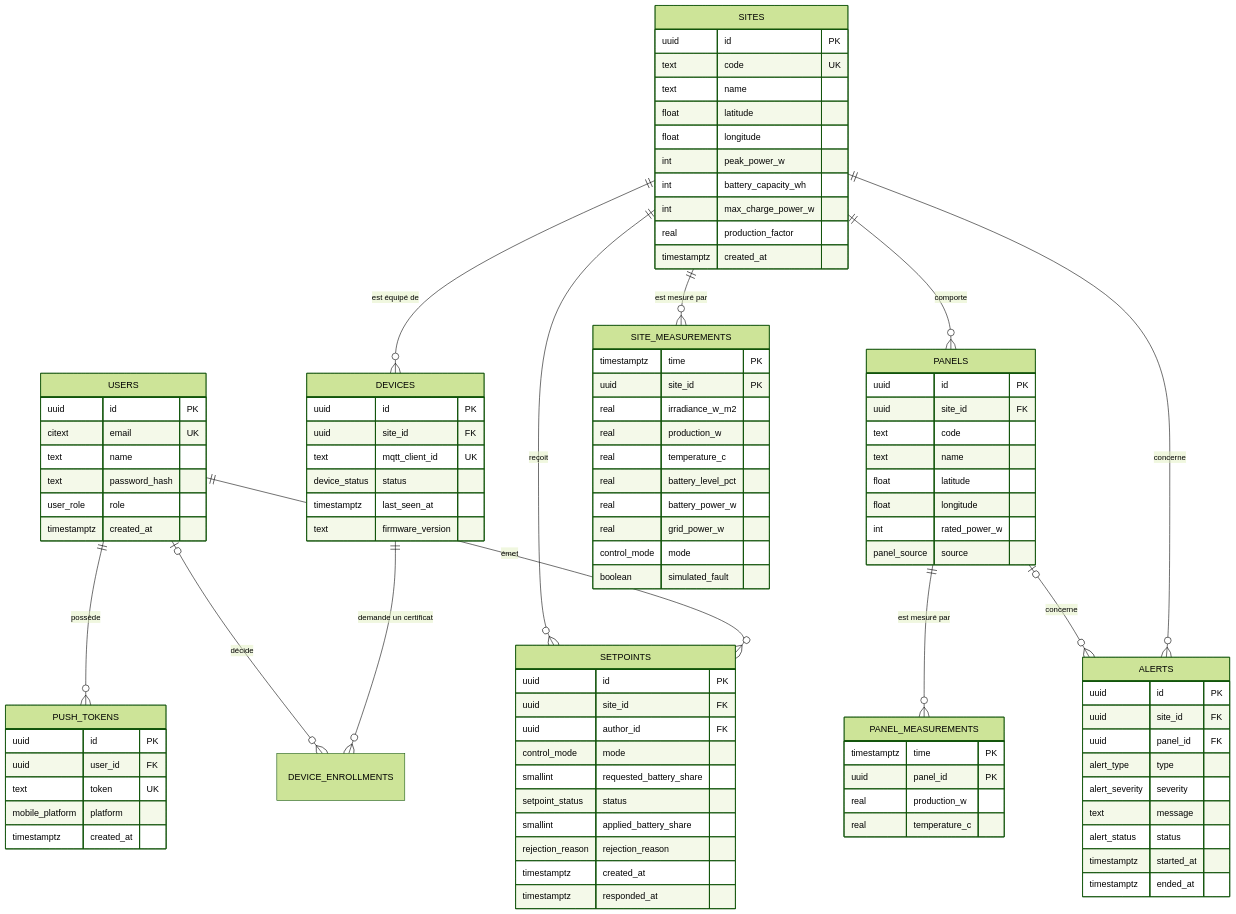
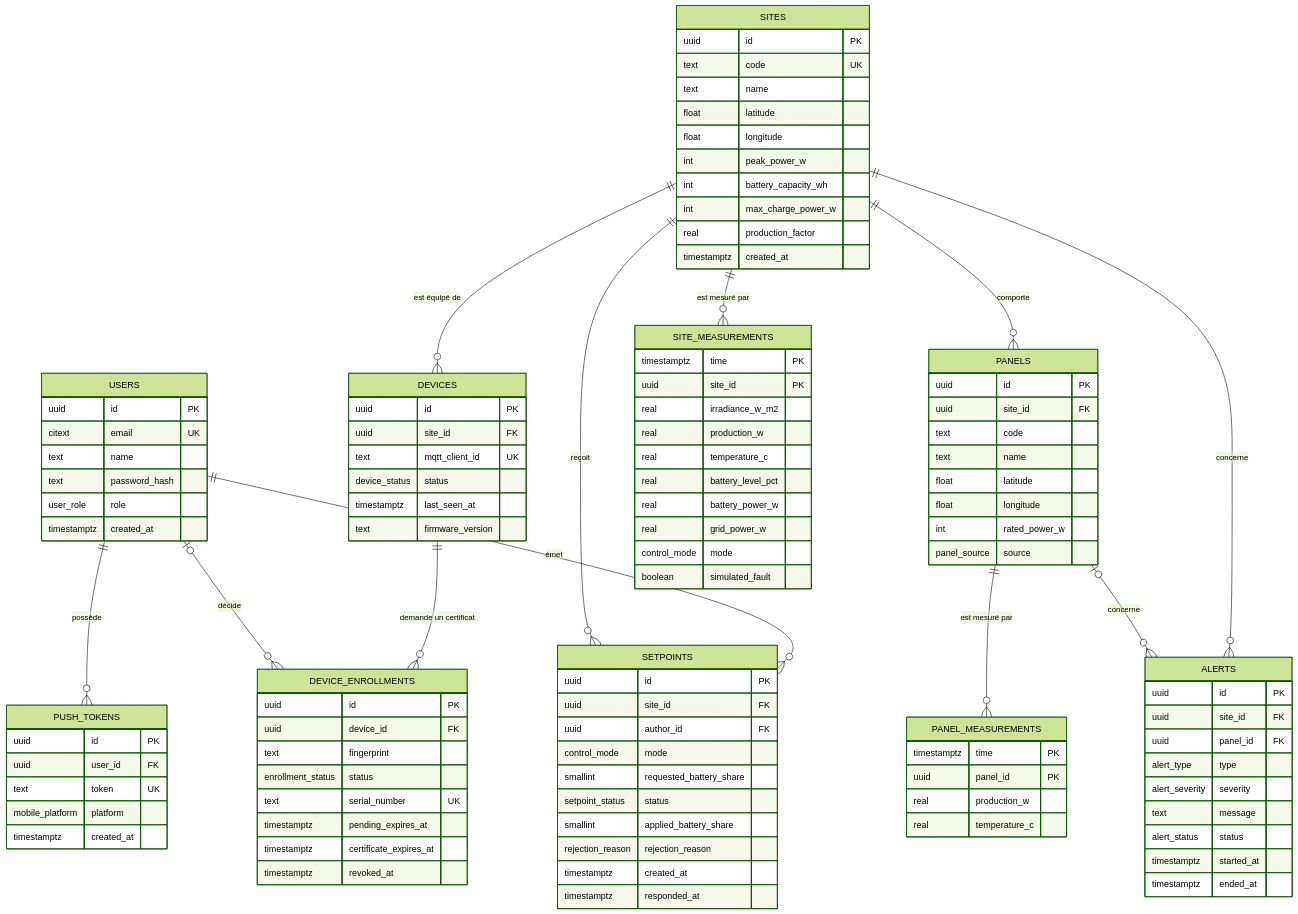
The diagram in docs/conception/01-modele-donnees.md (SamuelLnds/proj-app-mobile-co), drawn with Mermaid (forest theme) before and after one commit. The commit also changed other lines of this file and 5 other files, not shown here.

````diff
--- a/docs/conception/01-modele-donnees.md
+++ b/docs/conception/01-modele-donnees.md
@@ -143,4 +143,14 @@
     timestamptz started_at
     timestamptz ended_at
   }
+  DEVICE_ENROLLMENTS {
+    uuid id PK
+    uuid device_id FK
+    text fingerprint
+    enrollment_status status
+    text serial_number UK
+    timestamptz pending_expires_at
+    timestamptz certificate_expires_at
+    timestamptz revoked_at
+  }
 ```
````
